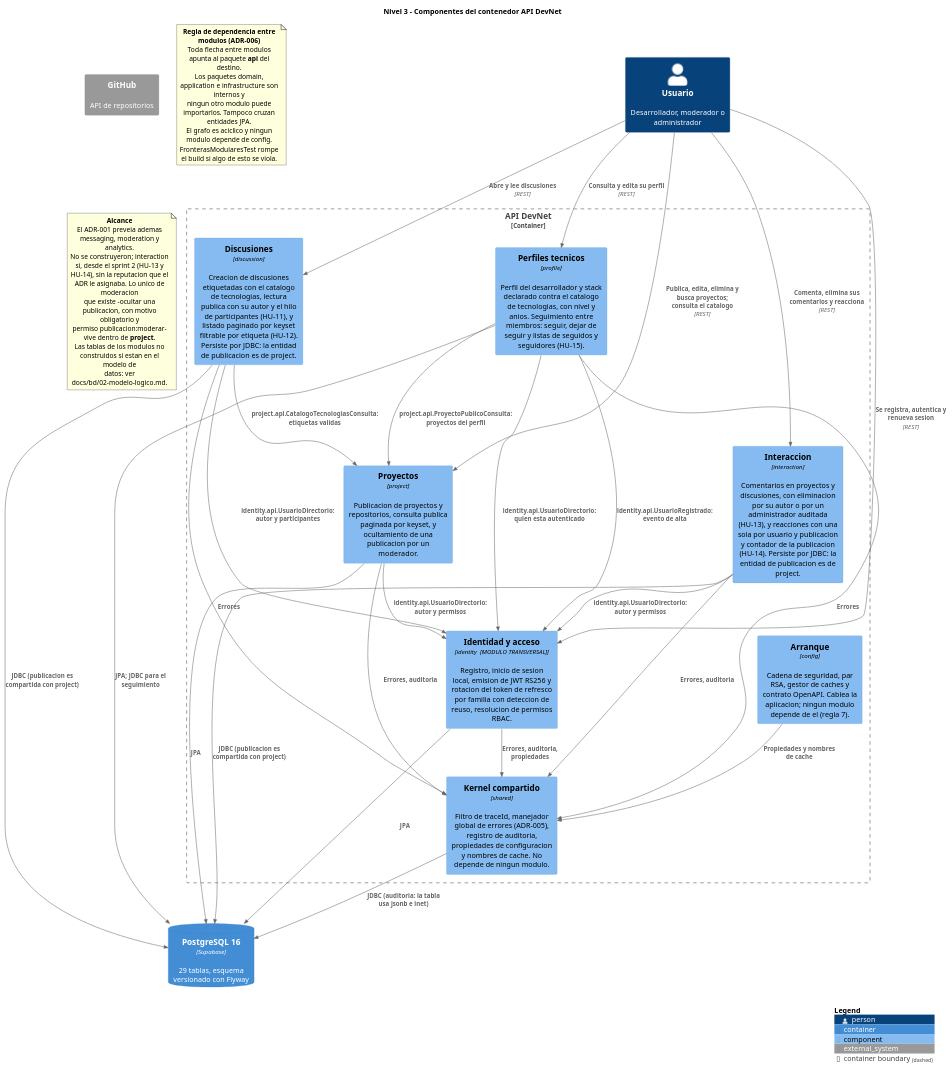
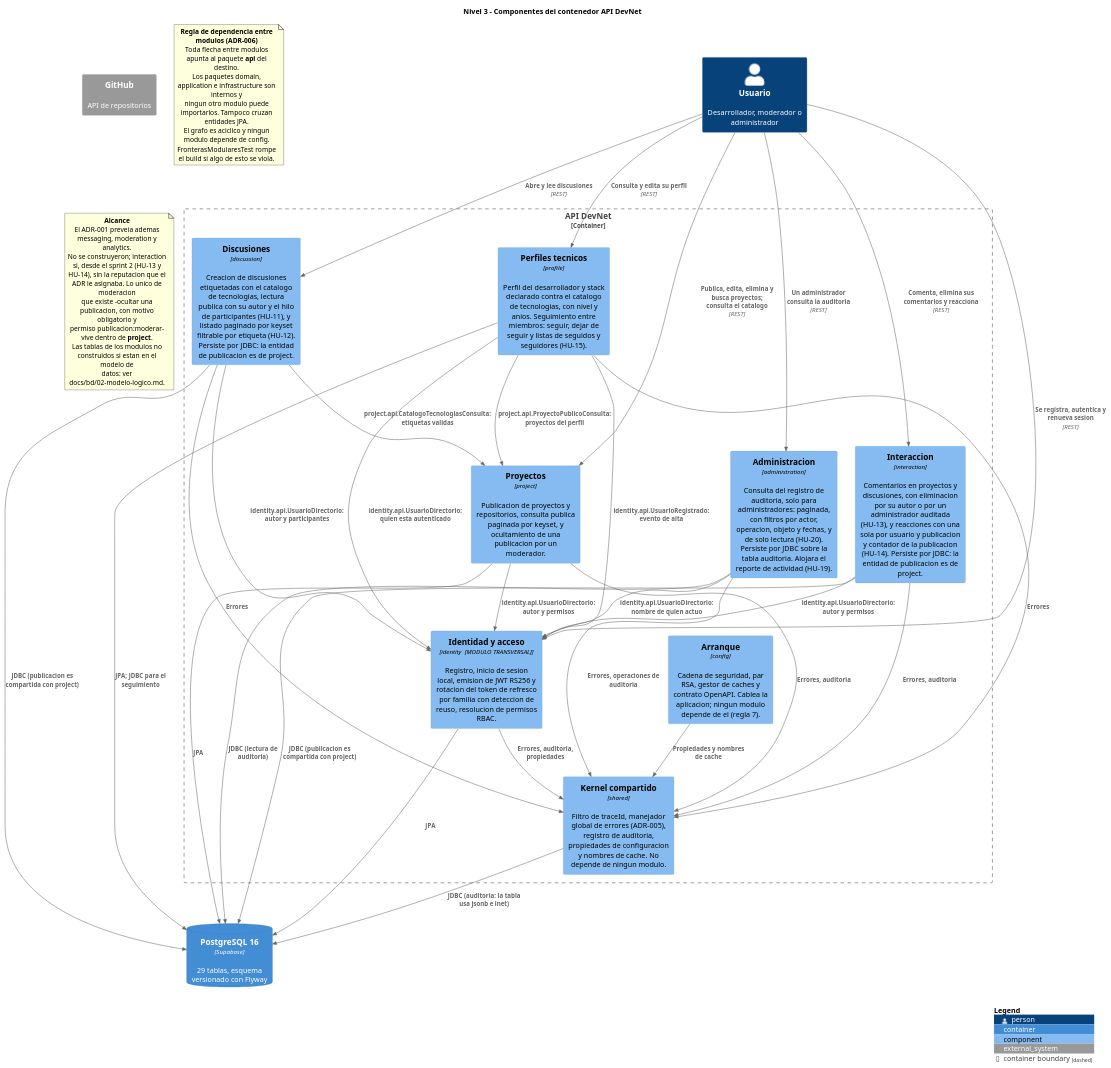
One commit to EAP02/EAP02-Back changed the diagram in docs/arquitectura/c4-03-componentes-api.puml. Above: the diagram before and after it, drawn with PlantUML. The commit also changed 27 other files, not shown here.

Commit message:
feat(HU-20): consulta del registro de auditoria solo para administradores

```diff
--- a/docs/arquitectura/c4-03-componentes-api.puml
+++ b/docs/arquitectura/c4-03-componentes-api.puml
@@ -1,88 +1,94 @@
 @startuml c4-03-componentes-api
 ' DevNet - Red Social para Desarrolladores
 ' C4 Nivel 3: Componentes dentro del contenedor "API DevNet"
 '
 ' Este diagrama refleja el codigo, no el alcance previsto. Cada caja existe como
 ' paquete bajo com.codefactory.devnet y cada flecha es un import verificable.
 ' El §4.1 exige que los diagramas coincidan con el codigo desplegado.
 '
 ' Sin conexion a internet, reemplazar el include por: !include <C4/C4_Component>
 !include https://raw.githubusercontent.com/plantuml-stdlib/C4-PlantUML/master/C4_Component.puml
 
 title Nivel 3 - Componentes del contenedor API DevNet
 
 Person(usuario, "Usuario", "Desarrollador, moderador o administrador")
 
 Container_Boundary(api, "API DevNet") {
 
     Component(identity, "Identidad y acceso", "identity  [MODULO TRANSVERSAL]", "Registro, inicio de sesion local, emision de JWT RS256 y rotacion del token de refresco por familia con deteccion de reuso, resolucion de permisos RBAC.")
 
     Component(profile, "Perfiles tecnicos", "profile", "Perfil del desarrollador y stack declarado contra el catalogo de tecnologias, con nivel y anios. Seguimiento entre miembros: seguir, dejar de seguir y listas de seguidos y seguidores (HU-15).")
 
     Component(project, "Proyectos", "project", "Publicacion de proyectos y repositorios, consulta publica paginada por keyset, y ocultamiento de una publicacion por un moderador.")
 
     Component(discussion, "Discusiones", "discussion", "Creacion de discusiones etiquetadas con el catalogo de tecnologias, lectura publica con su autor y el hilo de participantes (HU-11), y listado paginado por keyset filtrable por etiqueta (HU-12). Persiste por JDBC: la entidad de publicacion es de project.")
 
     Component(interaction, "Interaccion", "interaction", "Comentarios en proyectos y discusiones, con eliminacion por su autor o por un administrador auditada (HU-13), y reacciones con una sola por usuario y publicacion y contador de la publicacion (HU-14). Persiste por JDBC: la entidad de publicacion es de project.")
 
+    Component(administration, "Administracion", "administration", "Consulta del registro de auditoria, solo para administradores: paginada, con filtros por actor, operacion, objeto y fechas, y de solo lectura (HU-20). Persiste por JDBC sobre la tabla auditoria. Alojara el reporte de actividad (HU-19).")
+
     Component(shared, "Kernel compartido", "shared", "Filtro de traceId, manejador global de errores (ADR-005), registro de auditoria, propiedades de configuracion y nombres de cache. No depende de ningun modulo.")
 
     Component(config, "Arranque", "config", "Cadena de seguridad, par RSA, gestor de caches y contrato OpenAPI. Cablea la aplicacion; ningun modulo depende de el (regla 7).")
 }
 
 ContainerDb(bd, "PostgreSQL 16", "Supabase", "29 tablas, esquema versionado con Flyway")
 System_Ext(github, "GitHub", "API de repositorios")
 
 Rel(usuario, identity, "Se registra, autentica y renueva sesion", "REST")
 Rel(usuario, profile, "Consulta y edita su perfil", "REST")
 Rel(usuario, project, "Publica, edita, elimina y busca proyectos; consulta el catalogo", "REST")
 Rel(usuario, discussion, "Abre y lee discusiones", "REST")
 Rel(usuario, interaction, "Comenta, elimina sus comentarios y reacciona", "REST")
+Rel(usuario, administration, "Un administrador consulta la auditoria", "REST")
 
 ' --- Dependencias entre modulos. Siempre hacia el paquete api del destino (ADR-006).
 Rel_D(profile, identity, "identity.api.UsuarioDirectorio: quien esta autenticado")
 Rel_D(profile, identity, "identity.api.UsuarioRegistrado: evento de alta")
 Rel_D(profile, project, "project.api.ProyectoPublicoConsulta: proyectos del perfil")
 Rel_D(project, identity, "identity.api.UsuarioDirectorio: autor y permisos")
 Rel_D(discussion, identity, "identity.api.UsuarioDirectorio: autor y participantes")
 Rel_D(discussion, project, "project.api.CatalogoTecnologiasConsulta: etiquetas validas")
 Rel_D(interaction, identity, "identity.api.UsuarioDirectorio: autor y permisos")
+Rel_D(administration, identity, "identity.api.UsuarioDirectorio: nombre de quien actuo")
 
 ' --- Todos los modulos consumen el kernel.
 Rel_D(identity, shared, "Errores, auditoria, propiedades")
 Rel_D(profile, shared, "Errores")
 Rel_D(project, shared, "Errores, auditoria")
 Rel_D(discussion, shared, "Errores")
 Rel_D(interaction, shared, "Errores, auditoria")
+Rel_D(administration, shared, "Errores, operaciones de auditoria")
 Rel_D(config, shared, "Propiedades y nombres de cache")
 
 Rel(identity, bd, "JPA")
 Rel(profile, bd, "JPA; JDBC para el seguimiento")
 Rel(project, bd, "JPA")
 Rel(discussion, bd, "JDBC (publicacion es compartida con project)")
 Rel(interaction, bd, "JDBC (publicacion es compartida con project)")
+Rel(administration, bd, "JDBC (lectura de auditoria)")
 Rel(shared, bd, "JDBC (auditoria: la tabla usa jsonb e inet)")
 
 SHOW_LEGEND()
 
 note as N1
   <b>Regla de dependencia entre modulos (ADR-006)</b>
   Toda flecha entre modulos apunta al paquete <b>api</b> del destino.
   Los paquetes domain, application e infrastructure son internos y
   ningun otro modulo puede importarlos. Tampoco cruzan entidades JPA.
   El grafo es aciclico y ningun modulo depende de config.
   FronterasModularesTest rompe el build si algo de esto se viola.
 end note
 
 note as N2
   <b>Alcance</b>
   El ADR-001 preveia ademas messaging, moderation y analytics.
   No se construyeron; interaction si, desde el sprint 2 (HU-13 y
   HU-14), sin la reputacion que el ADR le asignaba. Lo unico de moderacion
   que existe -ocultar una publicacion, con motivo obligatorio y
   permiso publicacion:moderar- vive dentro de <b>project</b>.
   Las tablas de los modulos no construidos si estan en el modelo de
   datos: ver docs/bd/02-modelo-logico.md.
 end note
 
 @enduml
```
